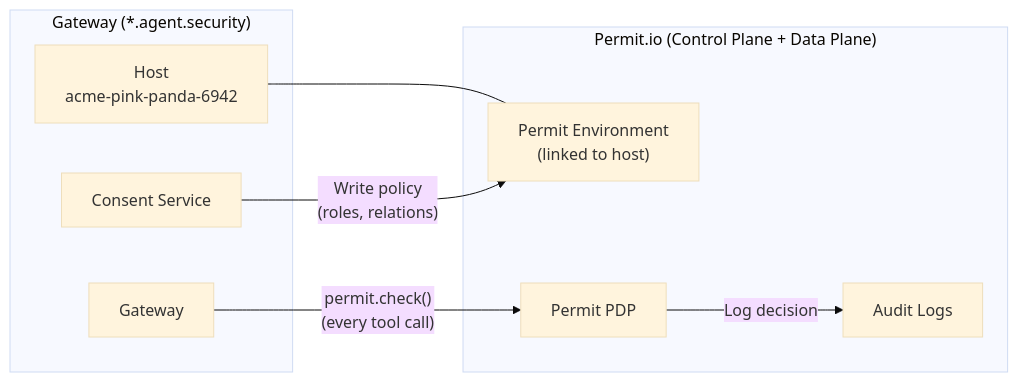
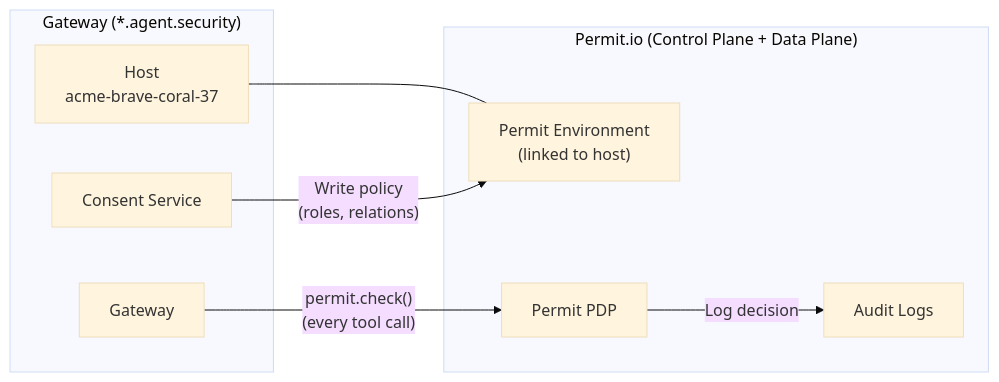
One commit to permitio/docs changed the first of 8 diagrams in docs/permit-mcp-gateway/architecture.mdx. Above: the diagram before and after it, drawn with Mermaid (base theme). The commit also changed other lines of this file and 7 other files, not shown here.

````diff
--- a/docs/permit-mcp-gateway/architecture.mdx
+++ b/docs/permit-mcp-gateway/architecture.mdx
@@ -37,19 +37,19 @@
 ```mermaid
 flowchart LR
   subgraph "Gateway (*.agent.security)"
-    Host["Host<br/>acme-pink-panda-6942"]
+    Host["Host<br/>acme-brave-coral-37"]
     GW["Gateway"]
     CS["Consent Service"]
   end
 
   subgraph "Permit.io (Control Plane + Data Plane)"
     Env["Permit Environment<br/>(linked to host)"]
     PDP["Permit PDP"]
     Audit["Audit Logs"]
   end
 
   Host --- Env
   CS -->|"Write policy<br/>(roles, relations)"| Env
   GW -->|"permit.check()<br/>(every tool call)"| PDP
   PDP -->|"Log decision"| Audit
 ```
````
